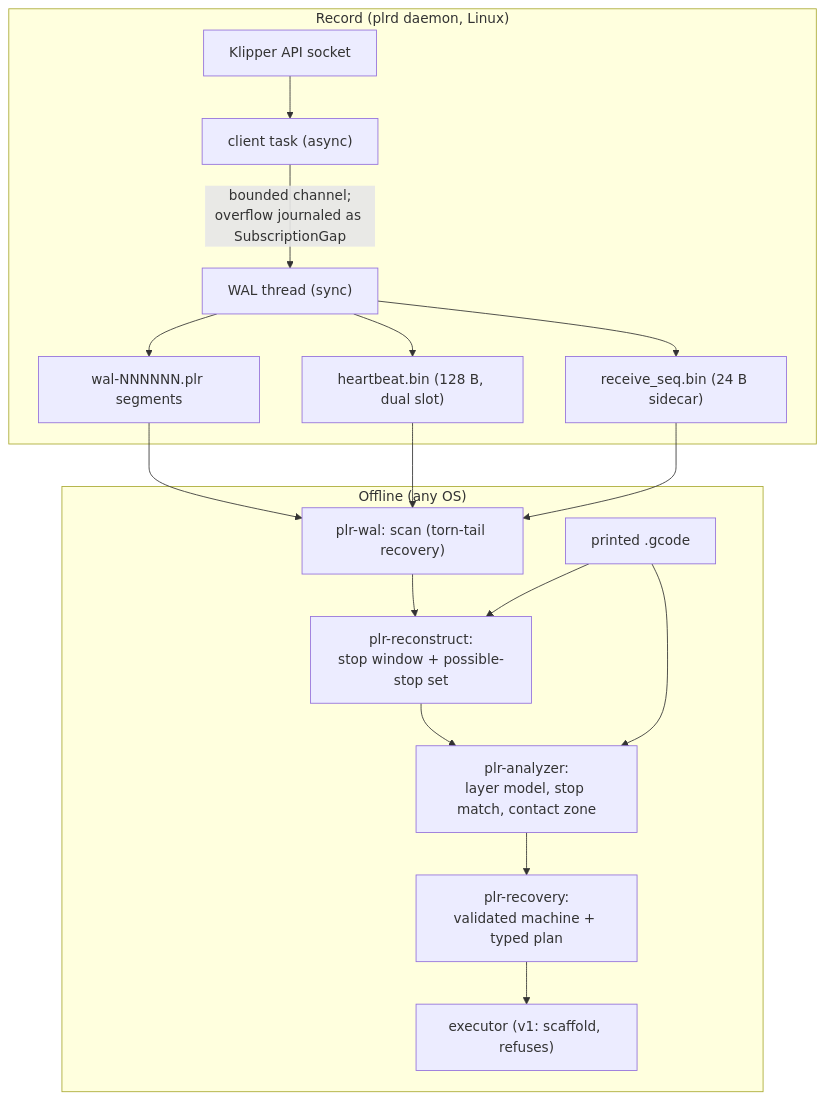
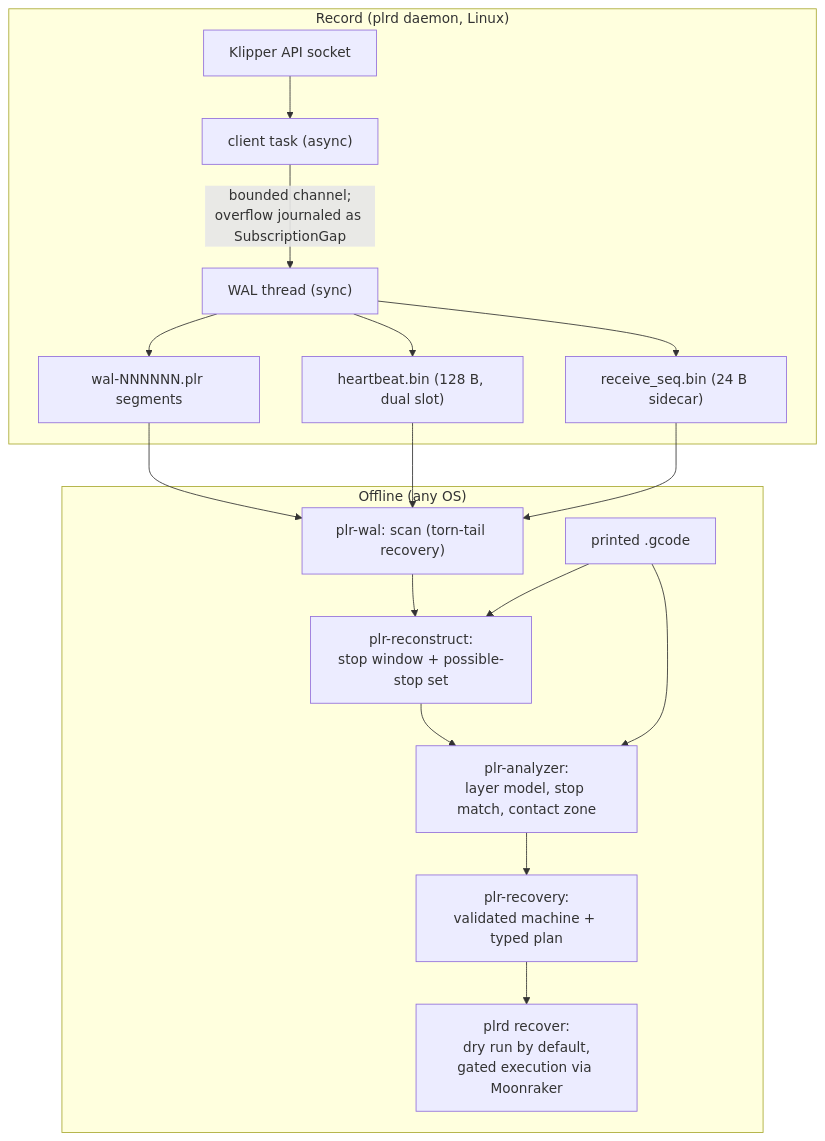
Before and after one commit to Zsmerritt/dead-reckoning: the diagram in docs/architecture.md, drawn with Mermaid. The commit also changed other lines of this file and 5 other files, not shown here.

First line of the commit message:
docs: recovery execution is real — recover flow, commissioning, script install

````diff
--- a/docs/architecture.md
+++ b/docs/architecture.md
@@ -12,21 +13,21 @@
 ```mermaid
 flowchart TD
     subgraph rec ["Record (plrd daemon, Linux)"]
         K[Klipper API socket] --> CL["client task (async)"]
         CL -->|"bounded channel;<br/>overflow journaled as SubscriptionGap"| WS["WAL thread (sync)"]
         WS --> SEG["wal-NNNNNN.plr segments"]
         WS --> HB["heartbeat.bin (128 B, dual slot)"]
         WS --> RS["receive_seq.bin (24 B sidecar)"]
     end
     subgraph off ["Offline (any OS)"]
         SEG --> SC["plr-wal: scan (torn-tail recovery)"]
         HB --> SC
         RS --> SC
         SC --> RC["plr-reconstruct:<br/>stop window + possible-stop set"]
         FILE["printed .gcode"] --> RC
         RC --> AN["plr-analyzer:<br/>layer model, stop match, contact zone"]
         FILE --> AN
         AN --> PL["plr-recovery:<br/>validated machine + typed plan"]
-        PL --> EX["executor (v1: scaffold, refuses)"]
+        PL --> EX["plrd recover:<br/>dry run by default,<br/>gated execution via Moonraker"]
     end
 ```
````
